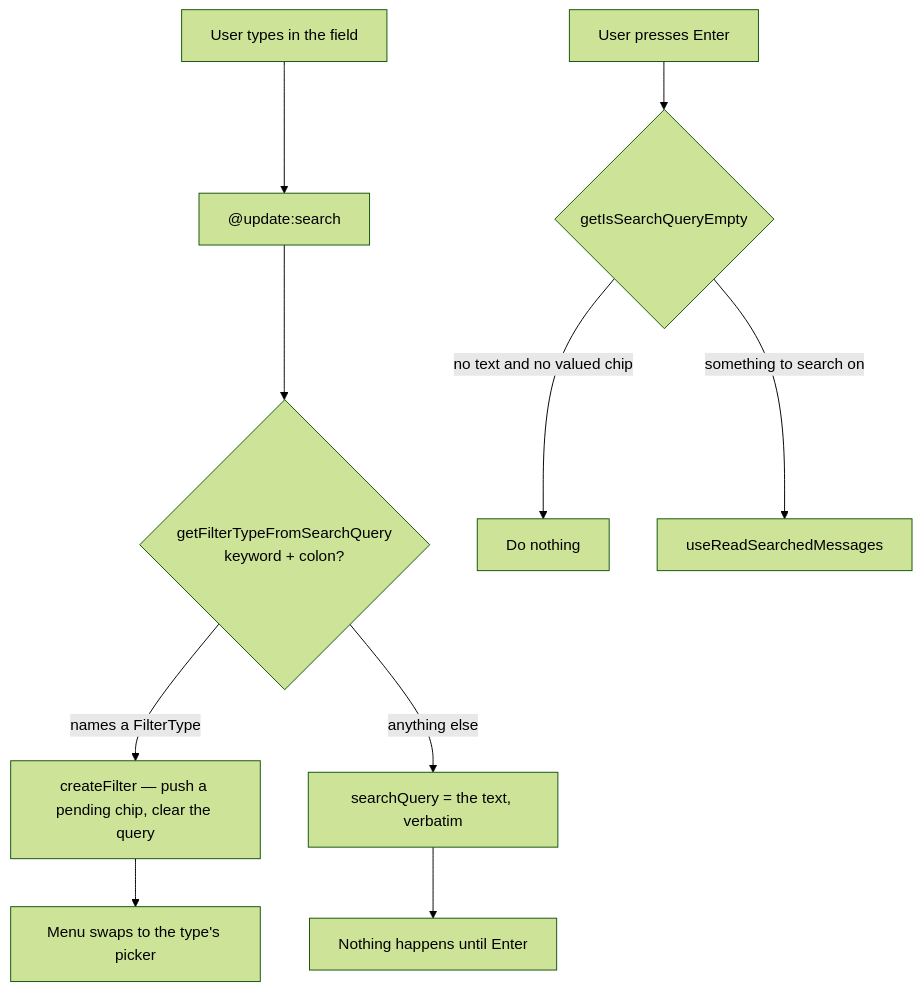
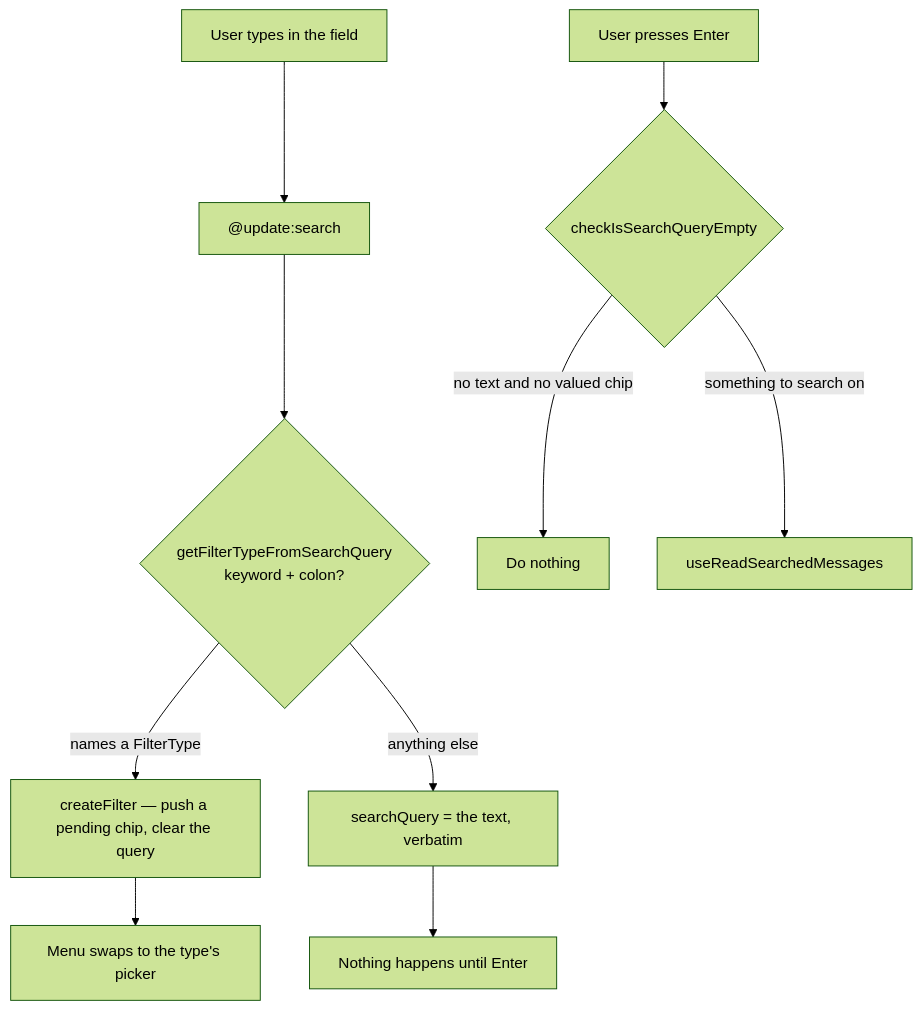
One commit to Esposter/Esposter changed the first of 4 diagrams in packages/app/content/docs/esbabbler/message-search.md. Above: the diagram before and after it, drawn with Mermaid (forest theme). The commit also changed other lines of this file and 85 other files, not shown here.

First line of the commit message:
refactor(naming): the rest of the getIs* family is check*

````diff
--- a/packages/app/content/docs/esbabbler/message-search.md
+++ b/packages/app/content/docs/esbabbler/message-search.md
@@ -18,12 +18,12 @@
 ```mermaid
 flowchart TD
   Type["User types in the field"] --> Update["@update:search"]
   Update --> Rule{"getFilterTypeFromSearchQuery<br/>keyword + colon?"}
   Rule -- "names a FilterType" --> Create["createFilter — push a pending chip, clear the query"]
   Rule -- "anything else" --> Text["searchQuery = the text, verbatim"]
   Create --> Picker["Menu swaps to the type's picker"]
   Text --> Wait["Nothing happens until Enter"]
-  Enter["User presses Enter"] --> Empty{"getIsSearchQueryEmpty"}
+  Enter["User presses Enter"] --> Empty{"checkIsSearchQueryEmpty"}
   Empty -- "no text and no valued chip" --> Noop["Do nothing"]
   Empty -- "something to search on" --> Read["useReadSearchedMessages"]
 ```
````
